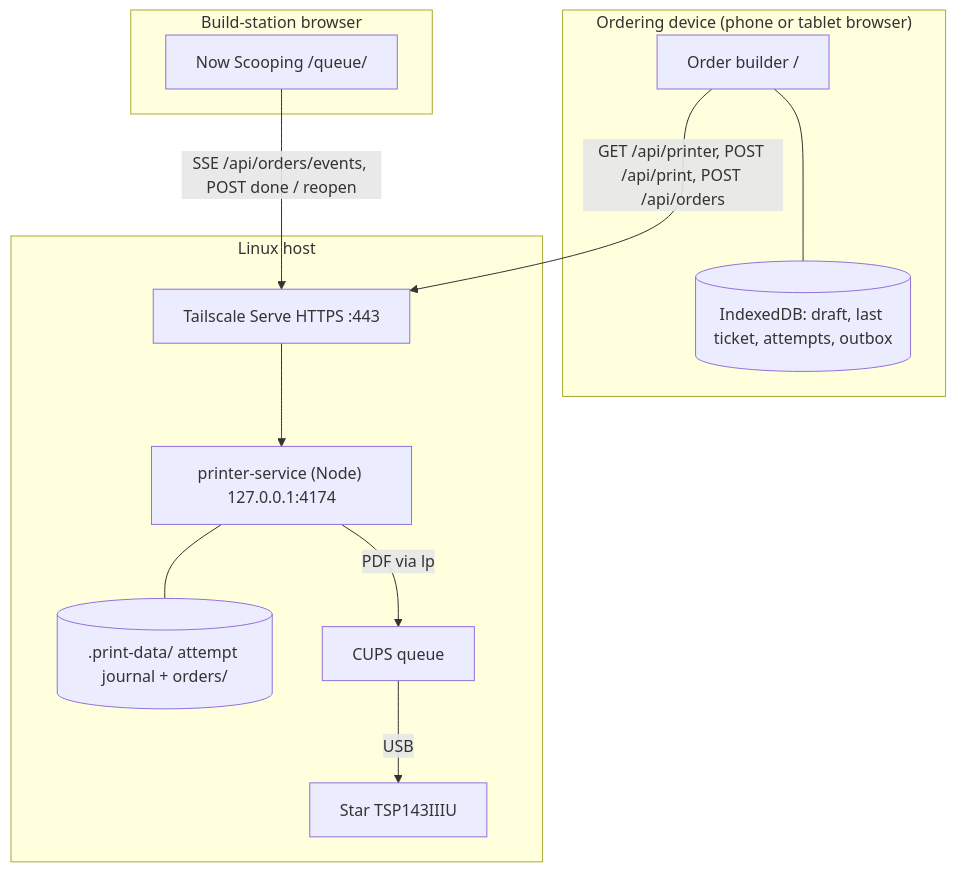
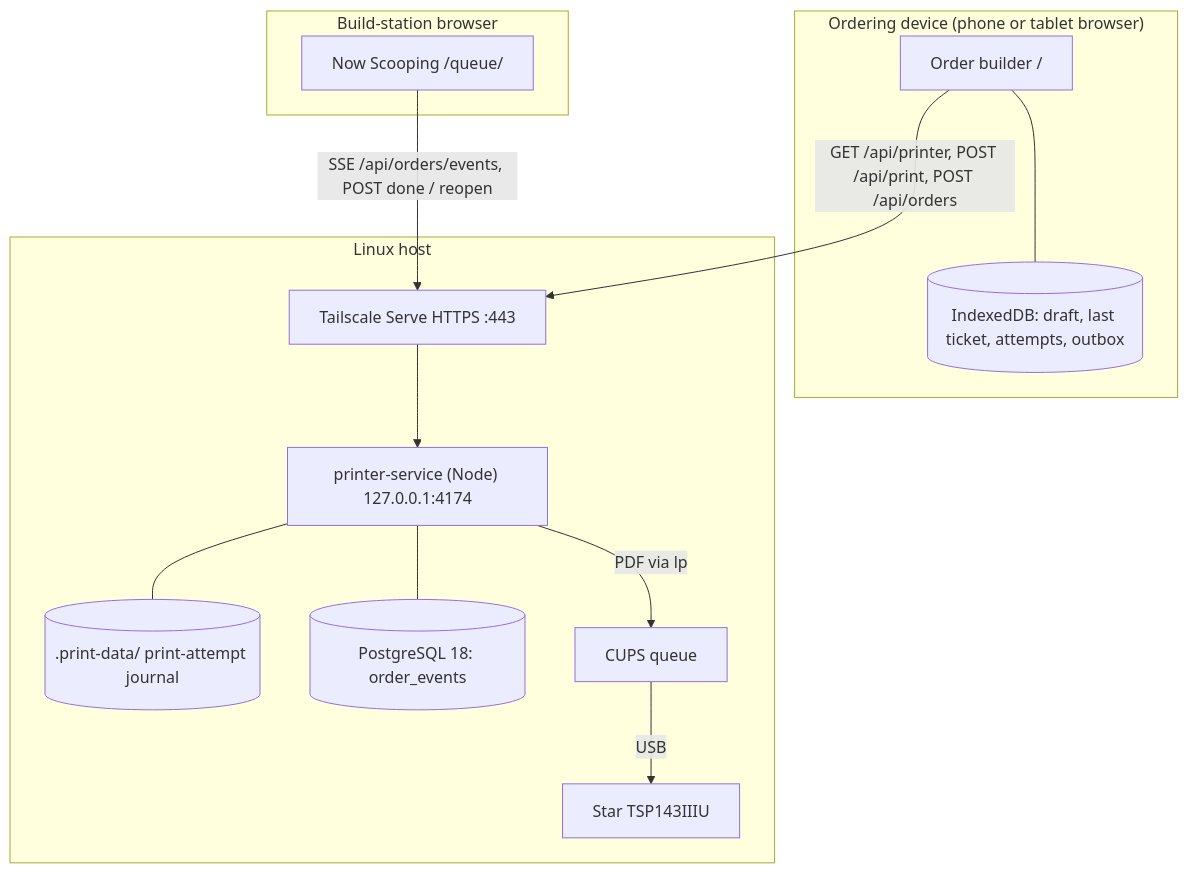
One commit to castab/event-order-pad changed the diagram in README.md. Above: the diagram before and after it, drawn with Mermaid. The commit also changed other lines of this file and 41 other files, not shown here.

Commit message:
Persist order events with Prisma and PostgreSQL 18

````diff
--- a/README.md
+++ b/README.md
@@ -11,16 +11,17 @@
 ```mermaid
 flowchart TB
   subgraph Ordering["Ordering device (phone or tablet browser)"]
     B["Order builder /"] --- IDB[("IndexedDB: draft, last ticket, attempts, outbox")]
   end
   subgraph Station["Build-station browser"]
     Q["Now Scooping /queue/"]
   end
   subgraph Host["Linux host"]
     TS["Tailscale Serve HTTPS :443"] --> S["printer-service (Node) 127.0.0.1:4174"]
-    S --- J[(".print-data/ attempt journal + orders/")]
+    S --- J[(".print-data/ print-attempt journal")]
+    S --- DB[("PostgreSQL 18: order_events")]
     S -- "PDF via lp" --> C["CUPS queue"] -- USB --> P["Star TSP143IIIU"]
   end
   B -- "GET /api/printer, POST /api/print, POST /api/orders" --> TS
   Q -- "SSE /api/orders/events, POST done / reopen" --> TS
 ```
````
